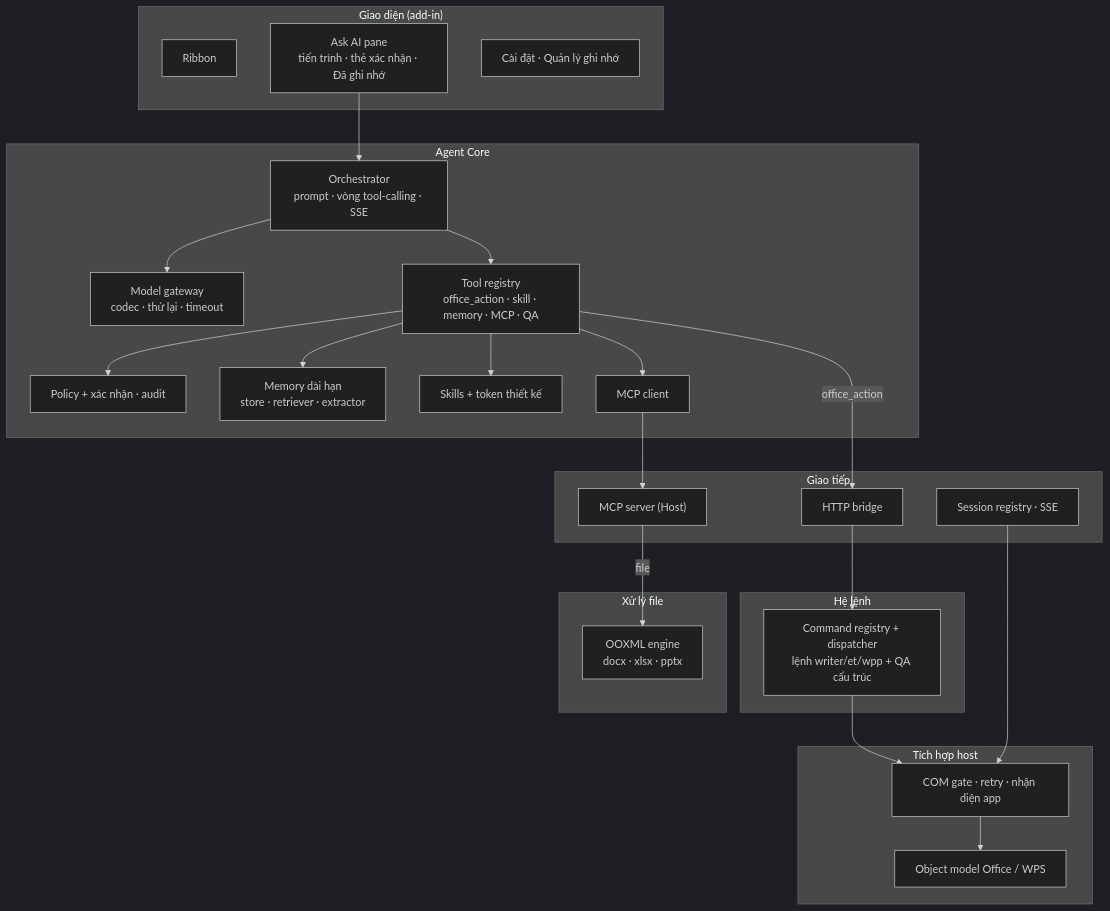
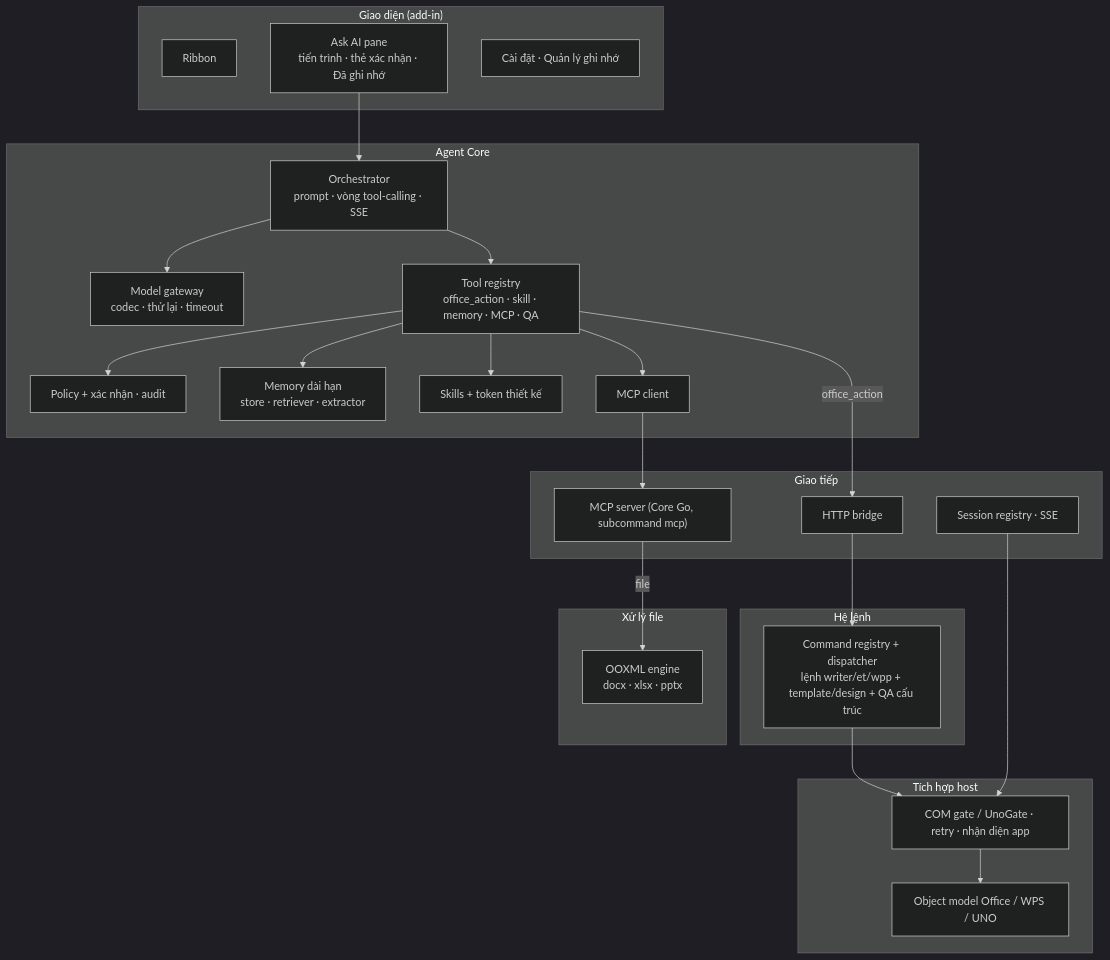
One commit to rgb-vgx/Axiom-Office changed the third of 20 diagrams in ARCHITECTURE.MD. Above: the diagram before and after it, drawn with Mermaid (dark theme). The commit also changed other lines of this file, not shown here.

First line of the commit message:
Tài liệu: cập nhật ARCHITECTURE.MD theo Core Go, LibreOffice và WPS Linux

````diff
--- a/ARCHITECTURE.MD
+++ b/ARCHITECTURE.MD
@@ -163,43 +166,43 @@
 ```mermaid
 flowchart TB
     subgraph ui["Giao diện (add-in)"]
         ribbon["Ribbon"]
         pane["Ask AI pane<br/>tiến trình · thẻ xác nhận · Đã ghi nhớ"]
         settings["Cài đặt · Quản lý ghi nhớ"]
     end
     subgraph corebox["Agent Core"]
         orch["Orchestrator<br/>prompt · vòng tool-calling · SSE"]
         gw["Model gateway<br/>codec · thử lại · timeout"]
         tools["Tool registry<br/>office_action · skill · memory · MCP · QA"]
         policy["Policy + xác nhận · audit"]
         mem["Memory dài hạn<br/>store · retriever · extractor"]
         sk["Skills + token thiết kế"]
         mcpcl["MCP client"]
     end
     subgraph io["Giao tiếp"]
         http["HTTP bridge"]
-        mcpserver["MCP server (Host)"]
+        mcpserver["MCP server (Core Go, subcommand mcp)"]
         discovery["Session registry · SSE"]
     end
     subgraph cmd["Hệ lệnh"]
-        registry["Command registry + dispatcher<br/>lệnh writer/et/wpp + QA cấu trúc"]
+        registry["Command registry + dispatcher<br/>lệnh writer/et/wpp + template/design + QA cấu trúc"]
     end
     subgraph integ["Tích hợp host"]
-        gate["COM gate · retry · nhận diện app"]
-        om["Object model Office / WPS"]
+        gate["COM gate / UnoGate · retry · nhận diện app"]
+        om["Object model Office / WPS / UNO"]
     end
     subgraph filecore["Xử lý file"]
         ooxml["OOXML engine<br/>docx · xlsx · pptx"]
     end
 
     pane --> orch
     orch --> gw
     orch --> tools --> policy
     tools --> sk
     tools --> mem
     tools --> mcpcl --> mcpserver
     tools -->|"office_action"| http --> registry
     mcpserver -->|"file"| ooxml
     registry --> gate --> om
     discovery --> gate
 ```
````
